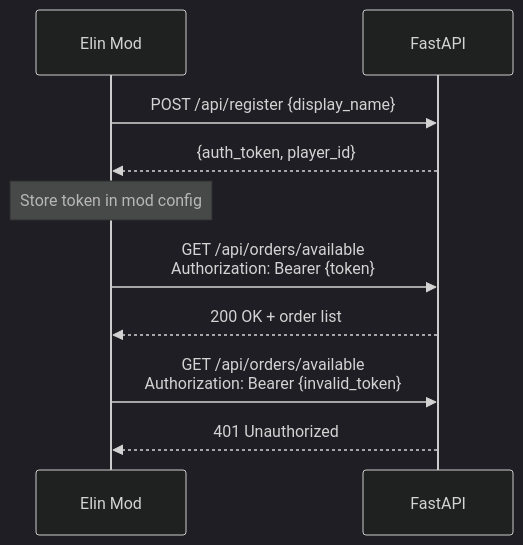
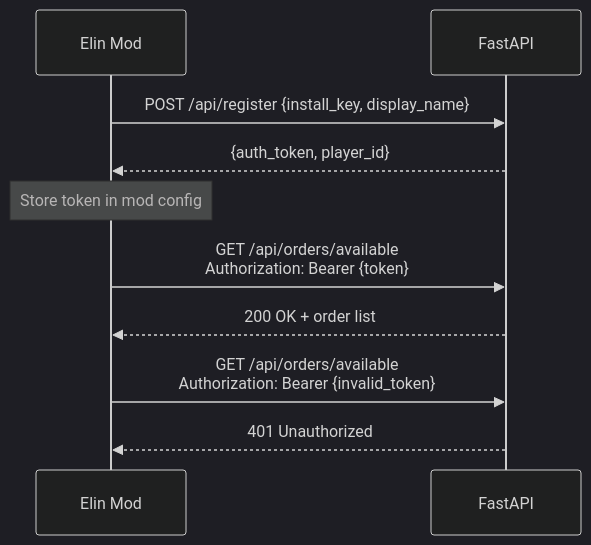
The second of 2 diagrams in ElinUnderworldSimulator/docs/sdd/09_server_api.md (swarmdog/ElinMods), drawn with Mermaid (dark theme) before and after one commit. The commit also changed other lines of this file and 143 other files, not shown here.

````diff
--- a/ElinUnderworldSimulator/docs/sdd/09_server_api.md
+++ b/ElinUnderworldSimulator/docs/sdd/09_server_api.md
@@ -249,15 +251,15 @@
 ```mermaid
 sequenceDiagram
     participant Client as Elin Mod
     participant Server as FastAPI
     
-    Client->>Server: POST /api/register {display_name}
+    Client->>Server: POST /api/register {install_key, display_name}
     Server-->>Client: {auth_token, player_id}
     Note over Client: Store token in mod config
     
     Client->>Server: GET /api/orders/available<br/>Authorization: Bearer {token}
     Server-->>Client: 200 OK + order list
     
     Client->>Server: GET /api/orders/available<br/>Authorization: Bearer {invalid_token}
     Server-->>Client: 401 Unauthorized
 ```
````
